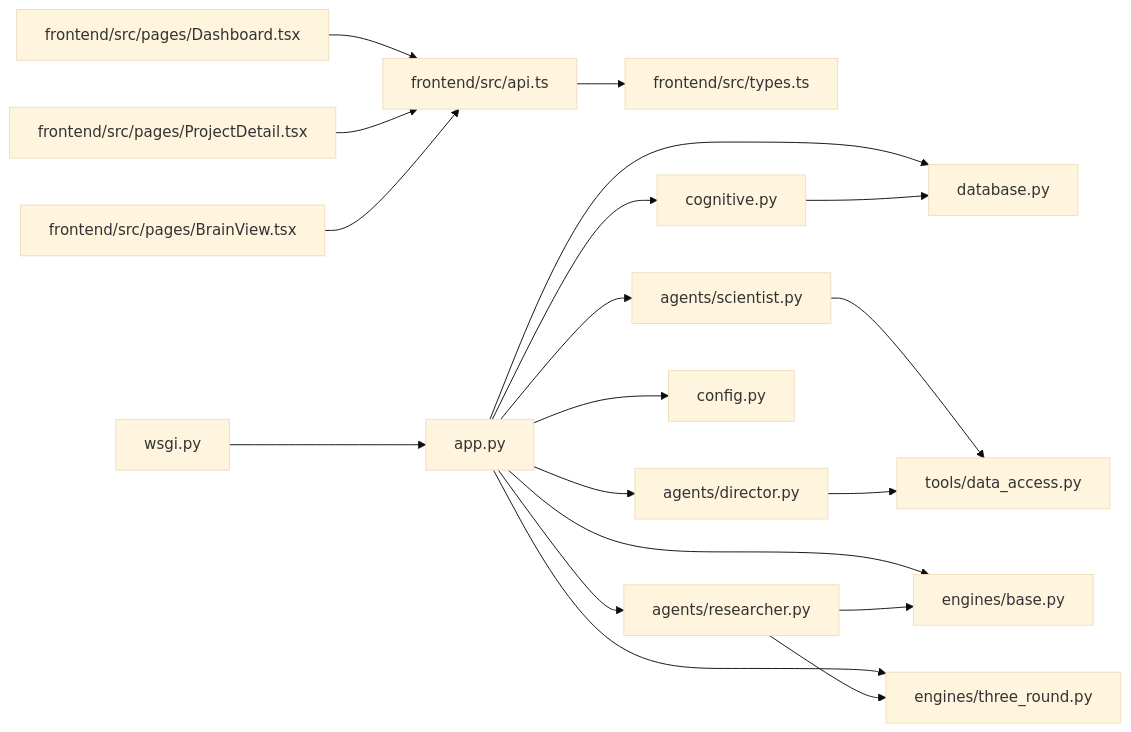
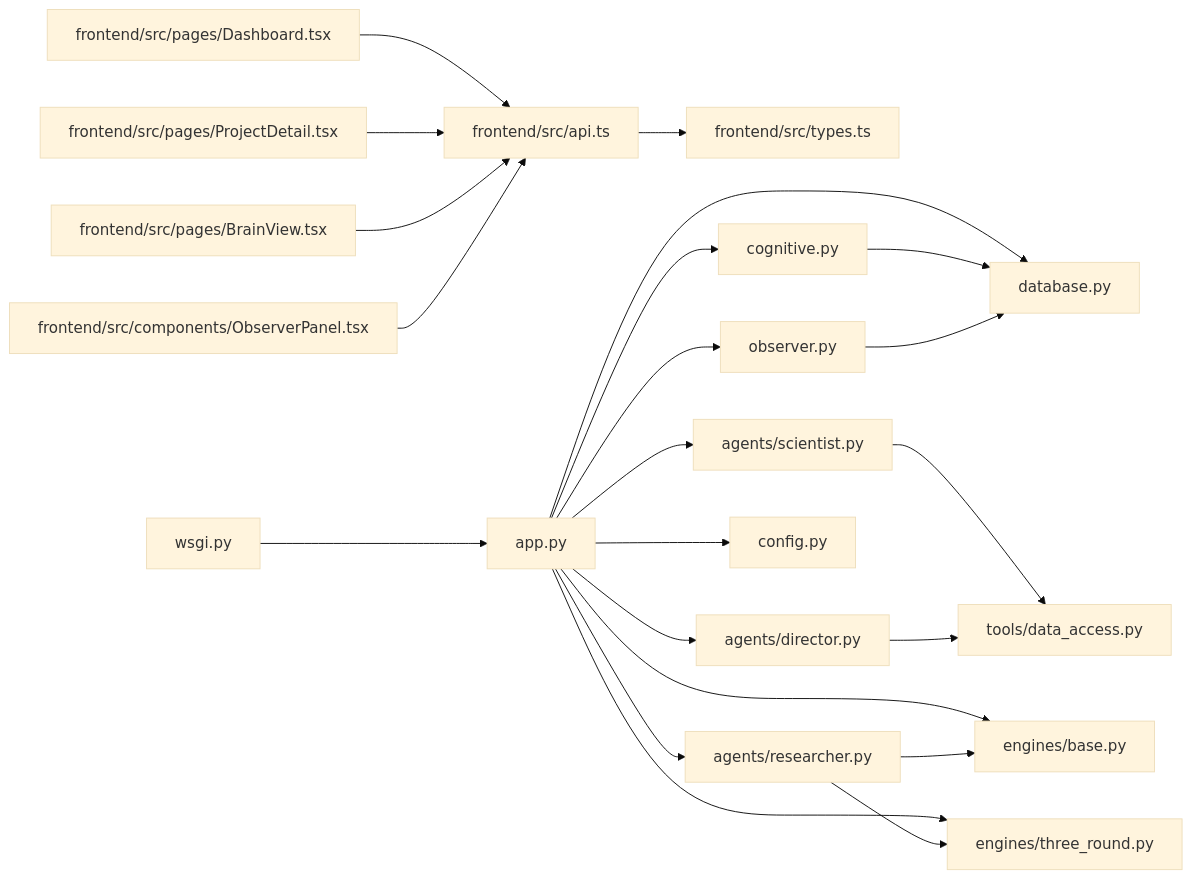
The seventh of 7 diagrams in .qoder/repowiki/zh/content/前端应用/API集成.md (GDY-ai/ainstein), drawn with Mermaid (base theme) before and after one commit. The commit also changed other lines of this file and 19 other files, not shown here.

````diff
--- a/.qoder/repowiki/zh/content/前端应用/API集成.md
+++ b/.qoder/repowiki/zh/content/前端应用/API集成.md
@@ -453,21 +587,24 @@
 ```mermaid
 graph LR
 FE_API["frontend/src/api.ts"] --> FE_TYPES["frontend/src/types.ts"]
 FE_DASH["frontend/src/pages/Dashboard.tsx"] --> FE_API
 FE_DETAIL["frontend/src/pages/ProjectDetail.tsx"] --> FE_API
 FE_BRAIN["frontend/src/pages/BrainView.tsx"] --> FE_API
+FE_OBSERVER["frontend/src/components/ObserverPanel.tsx"] --> FE_API
 APP["app.py"] --> DB["database.py"]
 APP --> AG_SCI["agents/scientist.py"]
 APP --> AG_DIR["agents/director.py"]
 APP --> AG_RES["agents/researcher.py"]
+APP --> AG_OBS["observer.py"]
 APP --> ENG_BASE["engines/base.py"]
 APP --> ENG_THREE["engines/three_round.py"]
 APP --> CFG["config.py"]
 APP --> COG["cognitive.py"]
 WSGI["wsgi.py"] --> APP
 AG_SCI --> TOOLS["tools/data_access.py"]
 AG_DIR --> TOOLS
 AG_RES --> ENG_BASE
 AG_RES --> ENG_THREE
 COG --> DB
+AG_OBS --> DB
 ```
````
